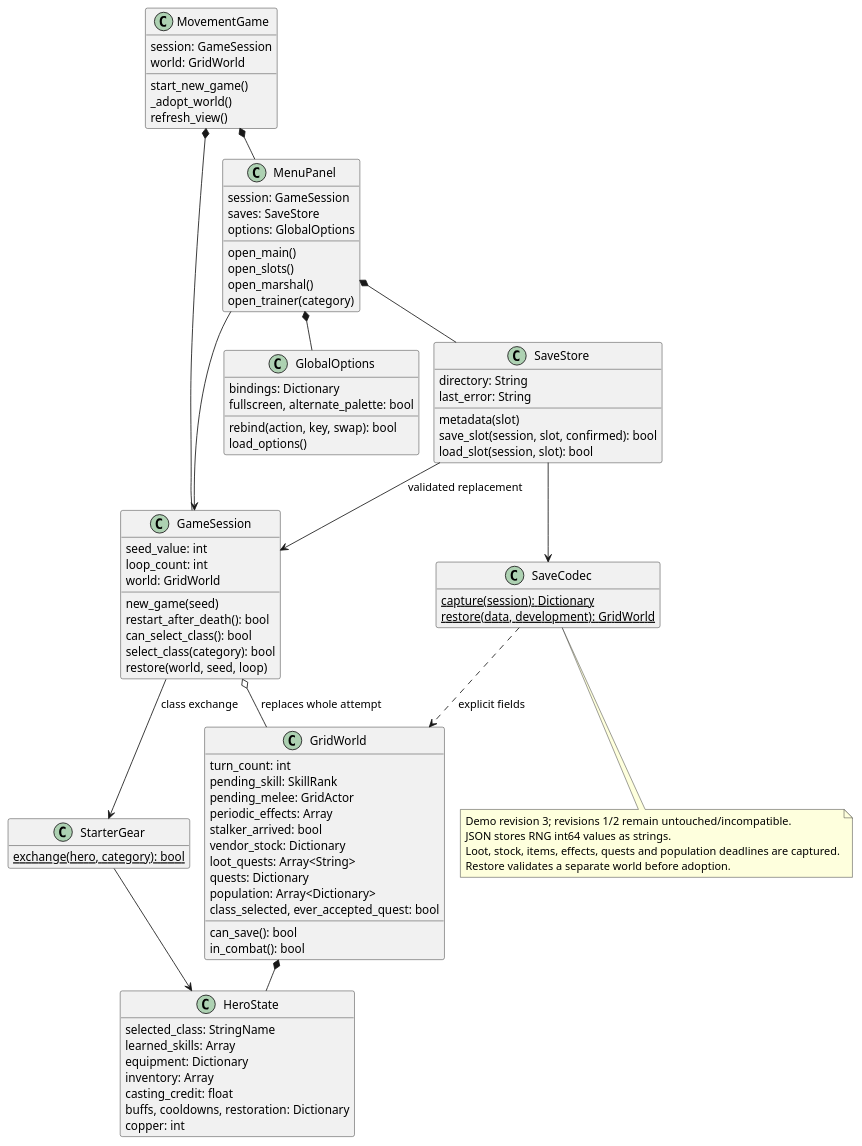
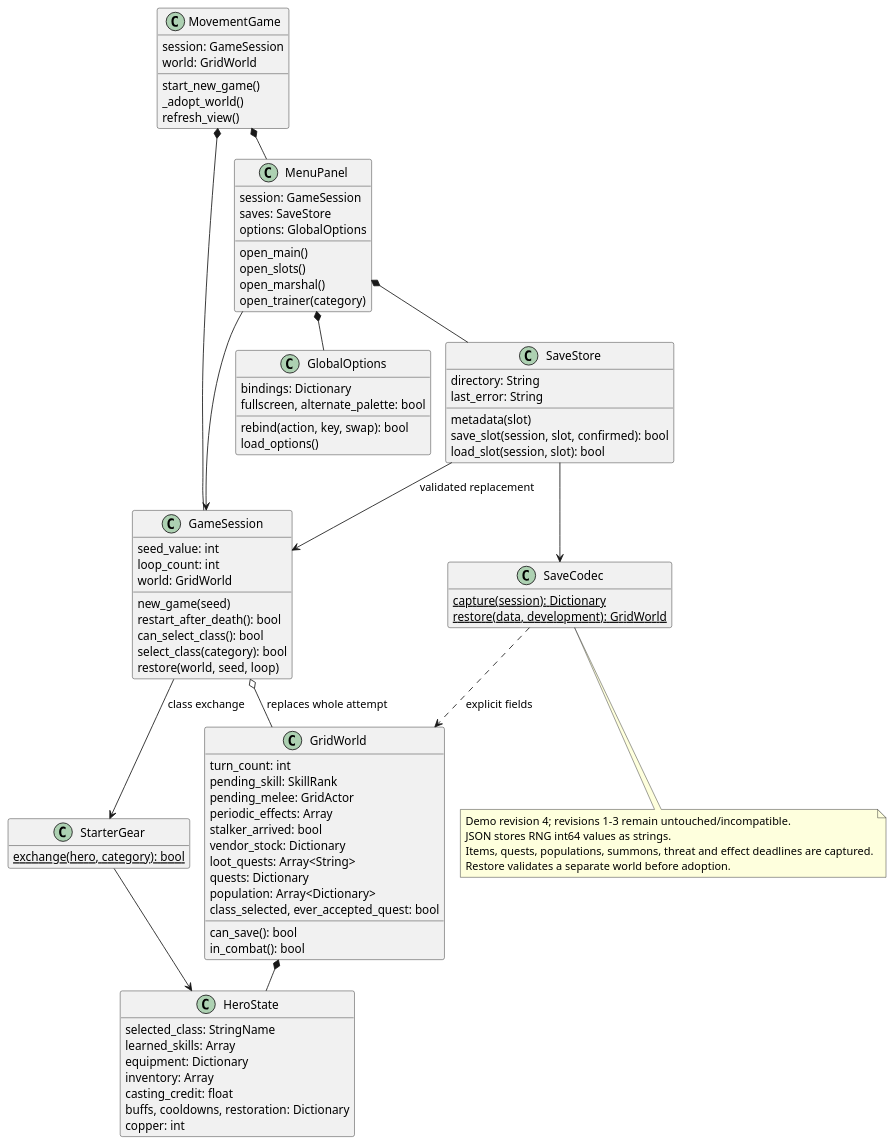
The diagram in docs/architecture/classes/loop_save.puml (VHonzik/Ostinato), drawn with PlantUML before and after one commit. The commit also changed 39 other files, not shown here.

```diff
--- a/docs/architecture/classes/loop_save.puml
+++ b/docs/architecture/classes/loop_save.puml
@@ -1,93 +1,93 @@
 @startuml
 !pragma layout smetana
 skinparam shadowing false
 skinparam classAttributeIconSize 0
 hide empty members
 class MovementGame {
   session: GameSession
   world: GridWorld
   start_new_game()
   _adopt_world()
   refresh_view()
 }
 class GameSession {
   seed_value: int
   loop_count: int
   world: GridWorld
   new_game(seed)
   restart_after_death(): bool
   can_select_class(): bool
   select_class(category): bool
   restore(world, seed, loop)
 }
 class GridWorld {
   turn_count: int
   pending_skill: SkillRank
   pending_melee: GridActor
   periodic_effects: Array
   stalker_arrived: bool
   vendor_stock: Dictionary
   loot_quests: Array<String>
   quests: Dictionary
   population: Array<Dictionary>
   class_selected, ever_accepted_quest: bool
   can_save(): bool
   in_combat(): bool
 }
 class HeroState {
   selected_class: StringName
   learned_skills: Array
   equipment: Dictionary
   inventory: Array
   casting_credit: float
   buffs, cooldowns, restoration: Dictionary
   copper: int
 }
 class StarterGear {
   {static} exchange(hero, category): bool
 }
 class SaveStore {
   directory: String
   last_error: String
   metadata(slot)
   save_slot(session, slot, confirmed): bool
   load_slot(session, slot): bool
 }
 class SaveCodec {
   {static} capture(session): Dictionary
   {static} restore(data, development): GridWorld
 }
 class MenuPanel {
   session: GameSession
   saves: SaveStore
   options: GlobalOptions
   open_main()
   open_slots()
   open_marshal()
   open_trainer(category)
 }
 class GlobalOptions {
   bindings: Dictionary
   fullscreen, alternate_palette: bool
   rebind(action, key, swap): bool
   load_options()
 }
 MovementGame *-- MenuPanel
 MovementGame *-- GameSession
 GameSession o-- GridWorld : replaces whole attempt
 GridWorld *-- HeroState
 GameSession --> StarterGear : class exchange
 StarterGear --> HeroState
 MenuPanel *-- SaveStore
 MenuPanel *-- GlobalOptions
 MenuPanel --> GameSession
 SaveStore --> SaveCodec
 SaveStore --> GameSession : validated replacement
 SaveCodec ..> GridWorld : explicit fields
 note bottom of SaveCodec
-Demo revision 3; revisions 1/2 remain untouched/incompatible.
+Demo revision 4; revisions 1-3 remain untouched/incompatible.
 JSON stores RNG int64 values as strings.
-Loot, stock, items, effects, quests and population deadlines are captured.
+Items, quests, populations, summons, threat and effect deadlines are captured.
 Restore validates a separate world before adoption.
 end note
 @enduml
```
